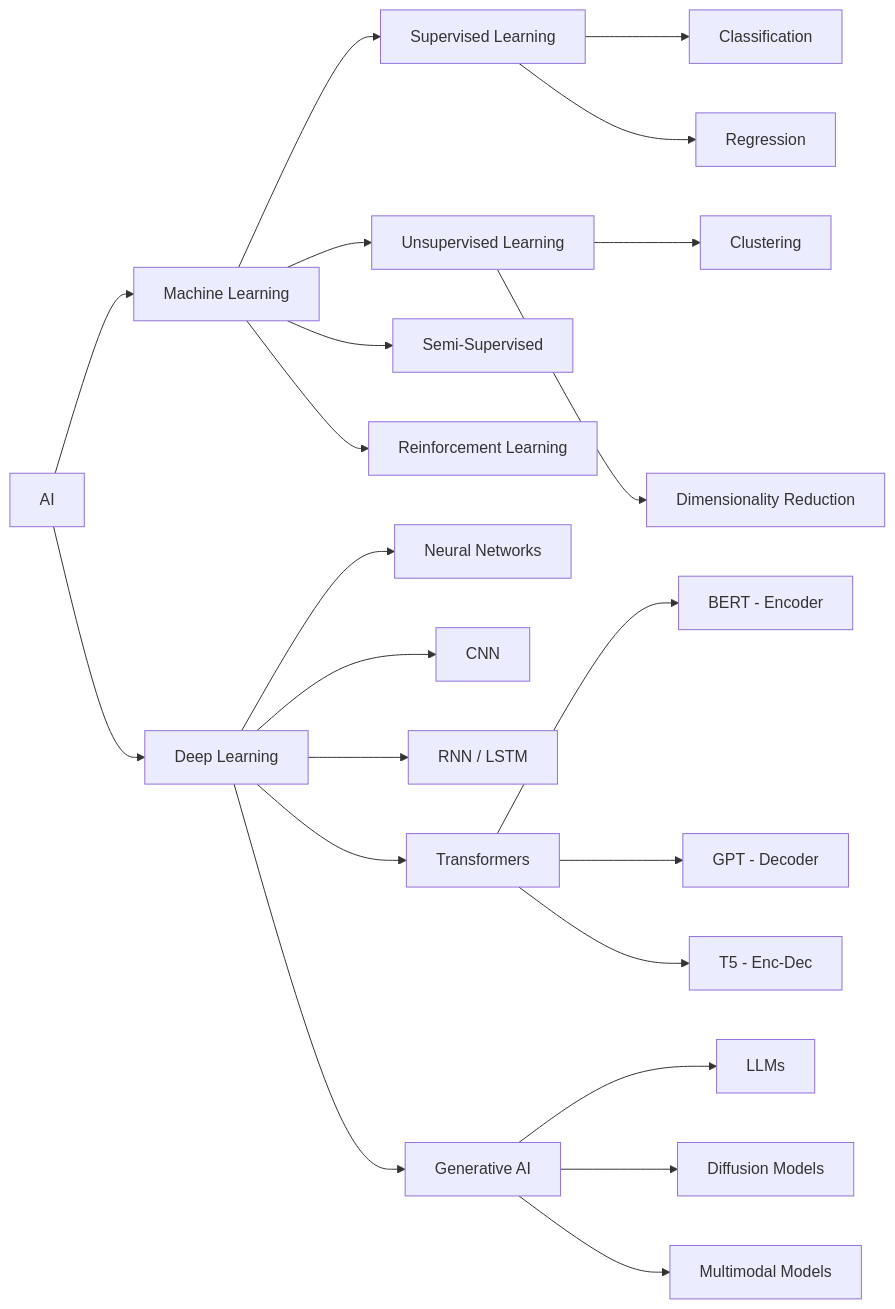
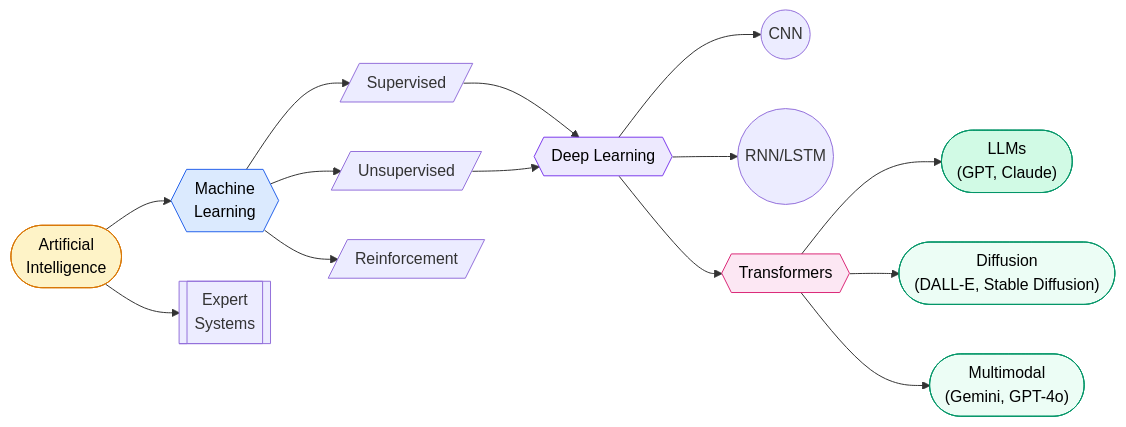
The first of 4 diagrams in docs/aiml/aiml.md (saivamsikaruturi/vamsilabs-dev-notes-main), drawn with Mermaid before and after one commit. The commit also changed other lines of this file and 146 other files, not shown here.

Commit message:
Horizontal diagrams, UML class diagrams, typography overhaul, and permalink cleanup

````diff
--- a/docs/aiml/aiml.md
+++ b/docs/aiml/aiml.md
@@ -5,24 +9,24 @@
 ```mermaid
-graph LR
-    AI[AI] --> ML[Machine Learning]
-    AI --> DL[Deep Learning]
-    ML --> SL[Supervised Learning]
-    ML --> UL[Unsupervised Learning]
-    ML --> SSL[Semi-Supervised]
-    ML --> RL[Reinforcement Learning]
-    SL --> CL[Classification]
-    SL --> RG[Regression]
-    UL --> CLU[Clustering]
-    UL --> DR[Dimensionality Reduction]
-    DL --> ANN[Neural Networks]
-    DL --> CNN[CNN]
-    DL --> RNN[RNN / LSTM]
-    DL --> TR[Transformers]
-    DL --> GEN[Generative AI]
-    TR --> BERT[BERT - Encoder]
-    TR --> GPT[GPT - Decoder]
-    TR --> T5[T5 - Enc-Dec]
-    GEN --> LLM[LLMs]
-    GEN --> DIF[Diffusion Models]
-    GEN --> MM[Multimodal Models]
+flowchart LR
+    AI(["Artificial<br/>Intelligence"]) --> ML{{"Machine<br/>Learning"}}
+    AI --> ES[["Expert<br/>Systems"]]
+    ML --> SL[/"Supervised"/]
+    ML --> UL[/"Unsupervised"/]
+    ML --> RL[/"Reinforcement"/]
+    SL --> DL{{"Deep Learning"}}
+    UL --> DL
+    DL --> CNN(("CNN"))
+    DL --> RNN(("RNN/LSTM"))
+    DL --> TR{{"Transformers"}}
+    TR --> LLM(["LLMs<br/>(GPT, Claude)"])
+    TR --> DIF(["Diffusion<br/>(DALL-E, Stable Diffusion)"])
+    TR --> MM(["Multimodal<br/>(Gemini, GPT-4o)"])
+
+    style AI fill:#FEF3C7,stroke:#D97706,color:#000
+    style ML fill:#DBEAFE,stroke:#2563EB,color:#000
+    style DL fill:#EDE9FE,stroke:#7C3AED,color:#000
+    style TR fill:#FCE7F3,stroke:#DB2777,color:#000
+    style LLM fill:#D1FAE5,stroke:#059669,color:#000
+    style DIF fill:#ECFDF5,stroke:#059669,color:#000
+    style MM fill:#ECFDF5,stroke:#059669,color:#000
 ```
````
